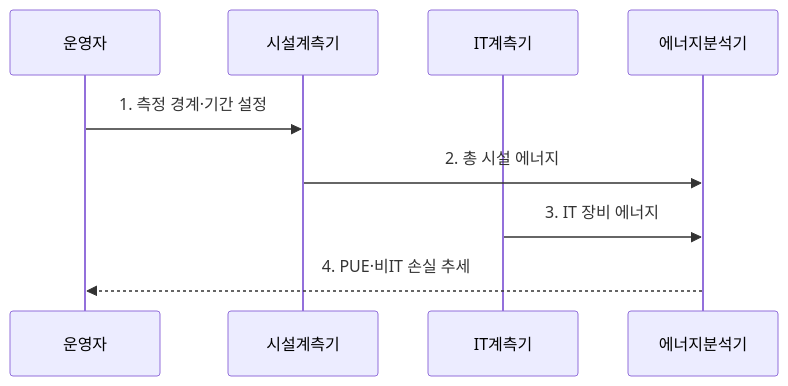
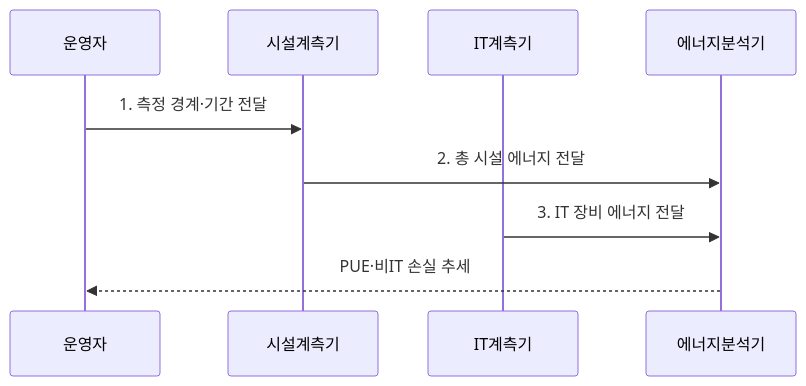
The second of 2 diagrams in src/content/docs/notes/06-evaluation/039_pue_power_usage_effectiveness.md (agnusdei1207/knowledge-base), drawn with Mermaid before and after one commit. The commit also changed other lines of this file and 20 other files, not shown here.

````diff
--- a/src/content/docs/notes/06-evaluation/039_pue_power_usage_effectiveness.md
+++ b/src/content/docs/notes/06-evaluation/039_pue_power_usage_effectiveness.md
@@ -86,11 +87,11 @@
 ```mermaid
 sequenceDiagram
     participant O as 운영자
     participant F as 시설계측기
     participant I as IT계측기
     participant A as 에너지분석기
-    O->>F: 1. 측정 경계·기간 설정
-    F->>A: 2. 총 시설 에너지
-    I->>A: 3. IT 장비 에너지
-    A-->>O: 4. PUE·비IT 손실 추세
+    O->>F: 1. 측정 경계·기간 전달
+    F->>A: 2. 총 시설 에너지 전달
+    I->>A: 3. IT 장비 에너지 전달
+    A-->>O: PUE·비IT 손실 추세
 ```
````
